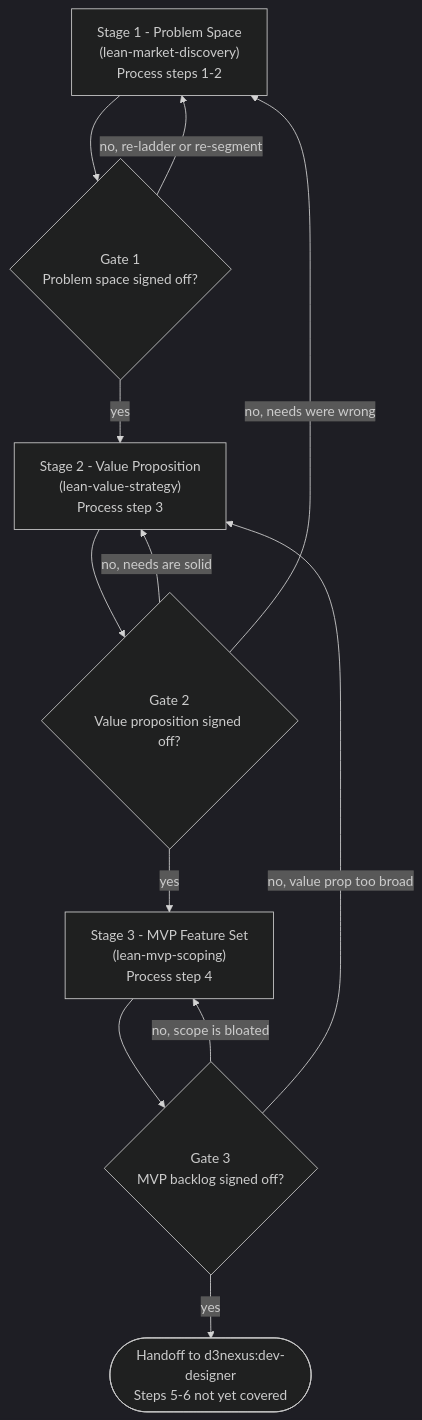
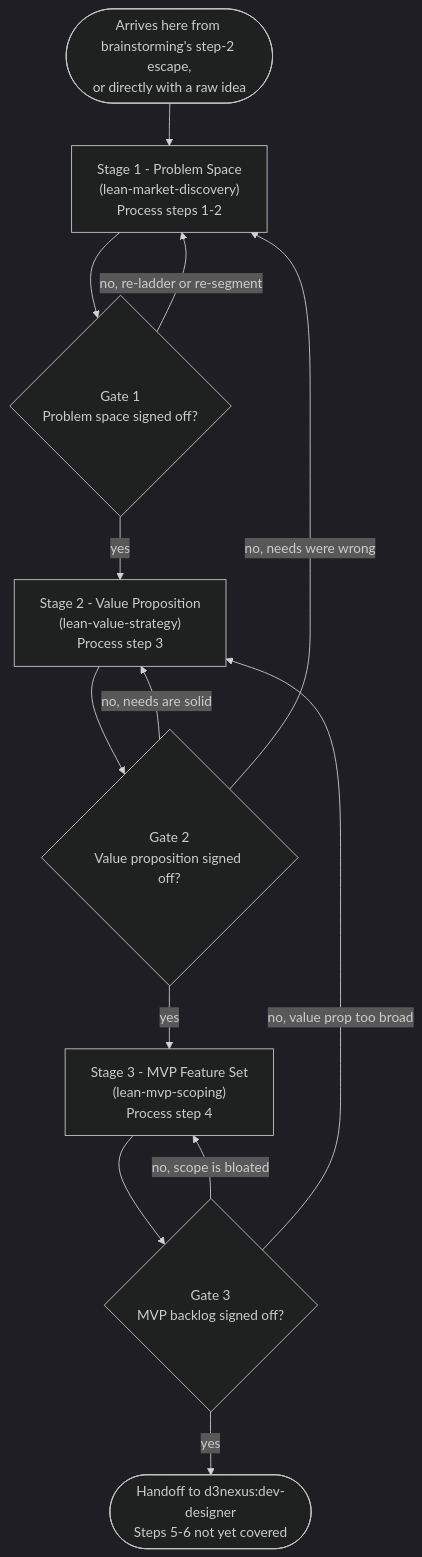
One commit to DanhDue/ai-agent-tools changed the diagram in skills/lean-product-lifecycle/SKILL.md. Above: the diagram before and after it, drawn with Mermaid (dark theme). The commit also changed 1 other file, not shown here.

Commit message:
[DOC_LIFECYCLE] Show cross-lifecycle entry points in the lifecycle diagrams
- lean-product-lifecycle now shows work arriving from brainstorming's step-2 escape
- dev-lifecycle now shows a validated MVP backlog entering at stage 2, not stage 1
- verify every node in all three diagrams is declared and connected

````diff
--- a/skills/lean-product-lifecycle/SKILL.md
+++ b/skills/lean-product-lifecycle/SKILL.md
@@ -77,22 +77,24 @@
 ```mermaid
 flowchart TD
+    IN(["Arrives here from brainstorming's step-2 escape,<br/>or directly with a raw idea"])
     S1["Stage 1 - Problem Space<br/>(lean-market-discovery)<br/>Process steps 1-2"]
     G1{"Gate 1<br/>Problem space signed off?"}
     S2["Stage 2 - Value Proposition<br/>(lean-value-strategy)<br/>Process step 3"]
     G2{"Gate 2<br/>Value proposition signed off?"}
     S3["Stage 3 - MVP Feature Set<br/>(lean-mvp-scoping)<br/>Process step 4"]
     G3{"Gate 3<br/>MVP backlog signed off?"}
     OUT(["Handoff to d3nexus:dev-designer<br/>Steps 5-6 not yet covered"])
 
+    IN --> S1
     S1 --> G1
     G1 -->|no, re-ladder or re-segment| S1
     G1 -->|yes| S2
     S2 --> G2
     G2 -->|no, needs are solid| S2
     G2 -->|no, needs were wrong| S1
     G2 -->|yes| S3
     S3 --> G3
     G3 -->|no, scope is bloated| S3
     G3 -->|no, value prop too broad| S2
     G3 -->|yes| OUT
 ```
````
